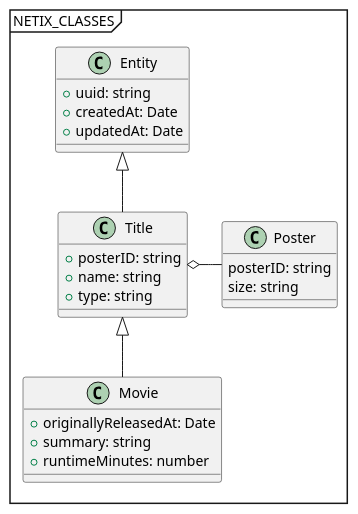
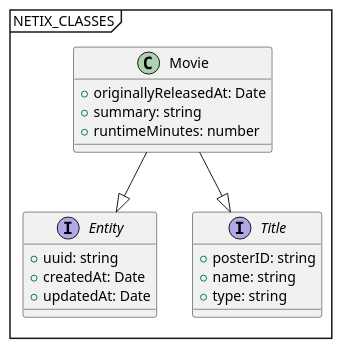
Before and after one commit to winqus/NETIX: the diagram in ntx-docs/C4-model/LogicView/LVL4_Classes.puml, drawn with PlantUML. The commit also changed 72 other files, not shown here.

```diff
--- a/ntx-docs/C4-model/LogicView/LVL4_Classes.puml
+++ b/ntx-docs/C4-model/LogicView/LVL4_Classes.puml
@@ -2,35 +2,25 @@
 @startuml NETIX_CLASSES
 mainframe NETIX_CLASSES
 skinparam mainframeBackgroundColor #FFFFFF
 
-class Entity {
+interface Entity {
   +uuid: string
   +createdAt: Date
   +updatedAt: Date
 }
 
-class Poster {
-  posterID: string
-  size: string
-}
-
-class Title {
+interface Title {
   +posterID: string
   +name: string
   +type: string
 }
 
-Title o-right- Poster
-
-class Movie extends Title {
+class Movie {
   +originallyReleasedAt: Date
   +summary: string
   +runtimeMinutes: number
 }
-
-' class Series extends Title {
-' }
-
-Entity <|-- Title
+Movie --|> Entity
+Movie --|> Title
 
 @enduml
```
